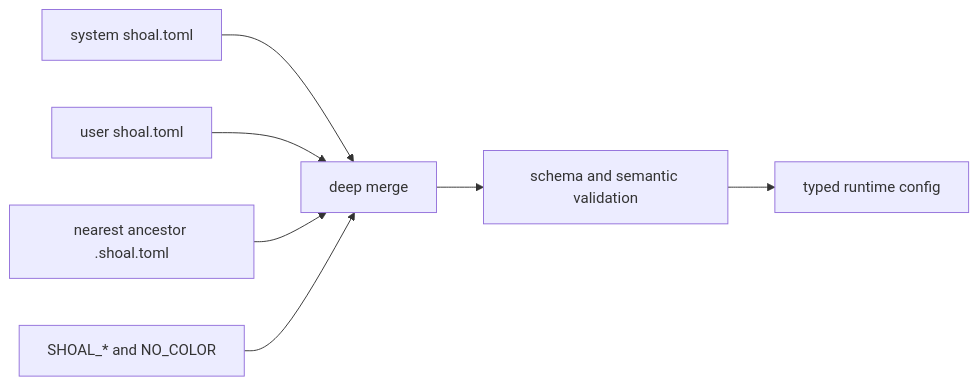
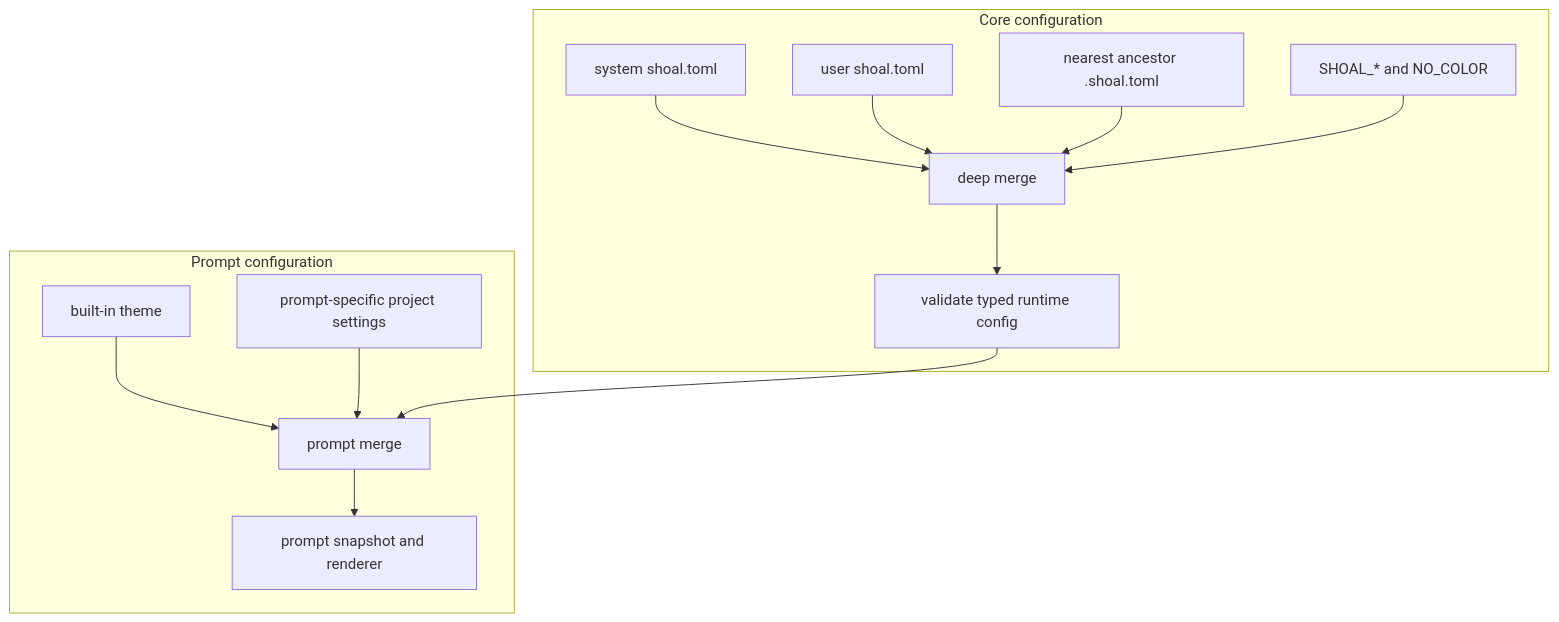
One commit to alliecatowo/shoal changed the diagram in site/content/docs/configuration-prompt.md. Above: the diagram before and after it, drawn with Mermaid. The commit also changed other lines of this file and 70 other files, not shown here.

Commit message:
docs: refine manual and architecture visuals

````diff
--- a/site/content/docs/configuration-prompt.md
+++ b/site/content/docs/configuration-prompt.md
@@ -28,9 +28,18 @@
 ```mermaid
-flowchart LR
-    S["system shoal.toml"] --> M["deep merge"]
-    U["user shoal.toml"] --> M
-    P["nearest ancestor .shoal.toml"] --> M
-    E["SHOAL_* and NO_COLOR"] --> M
-    M --> V["schema and semantic validation"]
-    V --> C["typed runtime config"]
+flowchart TB
+accTitle: Configuration and prompt precedence
+accDescr: Core configuration merges system, user, project, and environment layers; prompt configuration then applies its theme and prompt-specific layers.
+    subgraph Core["Core configuration"]
+      S["system shoal.toml"] --> M["deep merge"]
+      U["user shoal.toml"] --> M
+      P["nearest ancestor .shoal.toml"] --> M
+      E["SHOAL_* and NO_COLOR"] --> M
+      M --> V["validate typed runtime config"]
+    end
+    subgraph Prompt["Prompt configuration"]
+      T["built-in theme"] --> PM["prompt merge"]
+      V --> PM
+      PP["prompt-specific project settings"] --> PM
+      PM --> R["prompt snapshot and renderer"]
+    end
 ```
````
